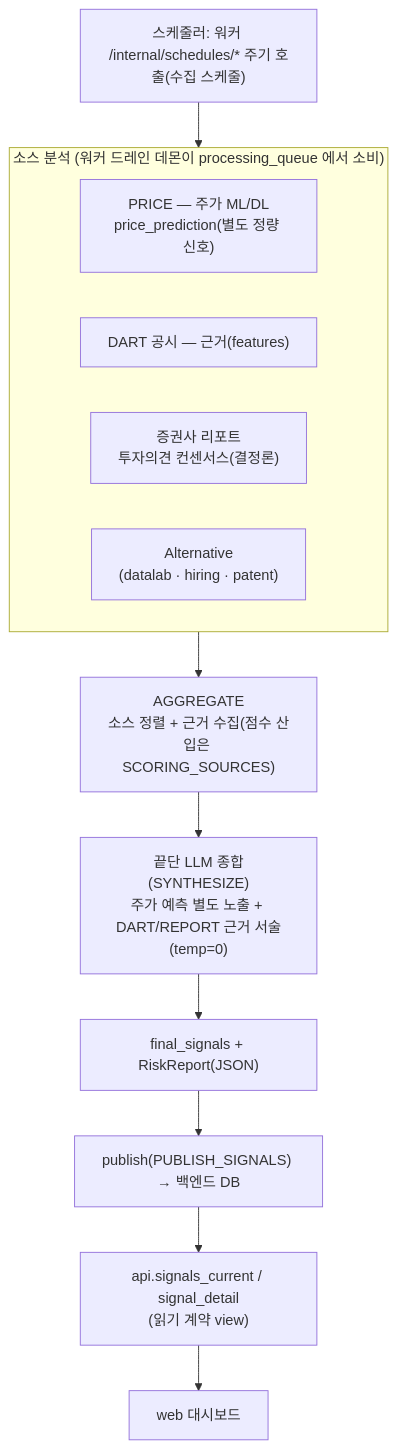
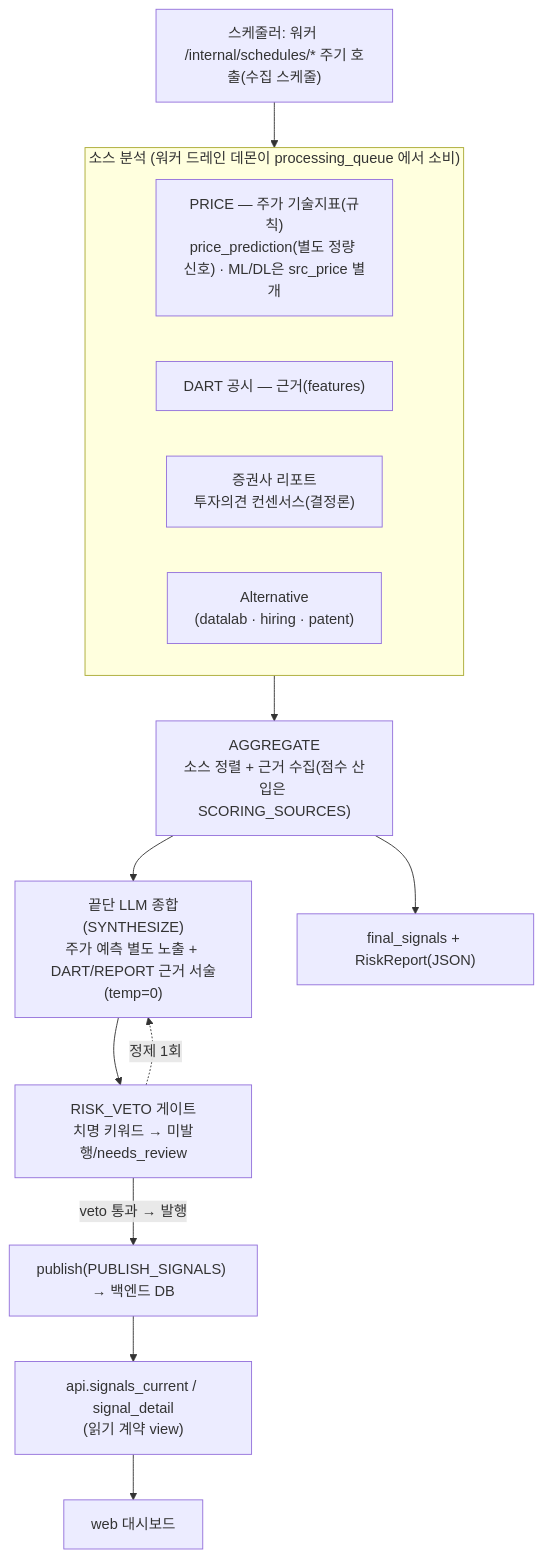
One commit to AIX14-3/signal-alpha changed the third of 3 diagrams in docs/architecture-diagram.md. Above: the diagram before and after it, drawn with Mermaid. The commit also changed other lines of this file and 7 other files, not shown here.

````diff
--- a/docs/architecture-diagram.md
+++ b/docs/architecture-diagram.md
@@ -151,18 +151,21 @@
 ```mermaid
 flowchart TB
     sch2["스케줄러: 워커 /internal/schedules/* 주기 호출(수집 스케줄)"]
     subgraph fan["소스 분석 (워커 드레인 데몬이 processing_queue 에서 소비)"]
-        price["PRICE — 주가 ML/DL<br/>price_prediction(별도 정량 신호)"]
+        price["PRICE — 주가 기술지표(규칙)<br/>price_prediction(별도 정량 신호) · ML/DL은 src_price 별개"]
         dart["DART 공시 — 근거(features)"]
         report["증권사 리포트<br/>투자의견 컨센서스(결정론)"]
         alt["Alternative<br/>(datalab · hiring · patent)"]
     end
     agg["AGGREGATE<br/>소스 정렬 + 근거 수집(점수 산입은 SCORING_SOURCES)"]
     synth["끝단 LLM 종합(SYNTHESIZE)<br/>주가 예측 별도 노출 + DART/REPORT 근거 서술(temp=0)"]
+    rv2["RISK_VETO 게이트<br/>치명 키워드 → 미발행/needs_review"]
     fs["final_signals + RiskReport(JSON)"]
     pub["publish(PUBLISH_SIGNALS) → 백엔드 DB"]
     api2["api.signals_current / signal_detail<br/>(읽기 계약 view)"]
     web2["web 대시보드"]
 
-    sch2 --> fan --> agg --> synth --> fs --> pub --> api2 --> web2
+    sch2 --> fan --> agg --> synth --> rv2 -- "veto 통과 → 발행" --> pub --> api2 --> web2
+    rv2 -. "정제 1회" .-> synth
+    agg --> fs
 ```
````
